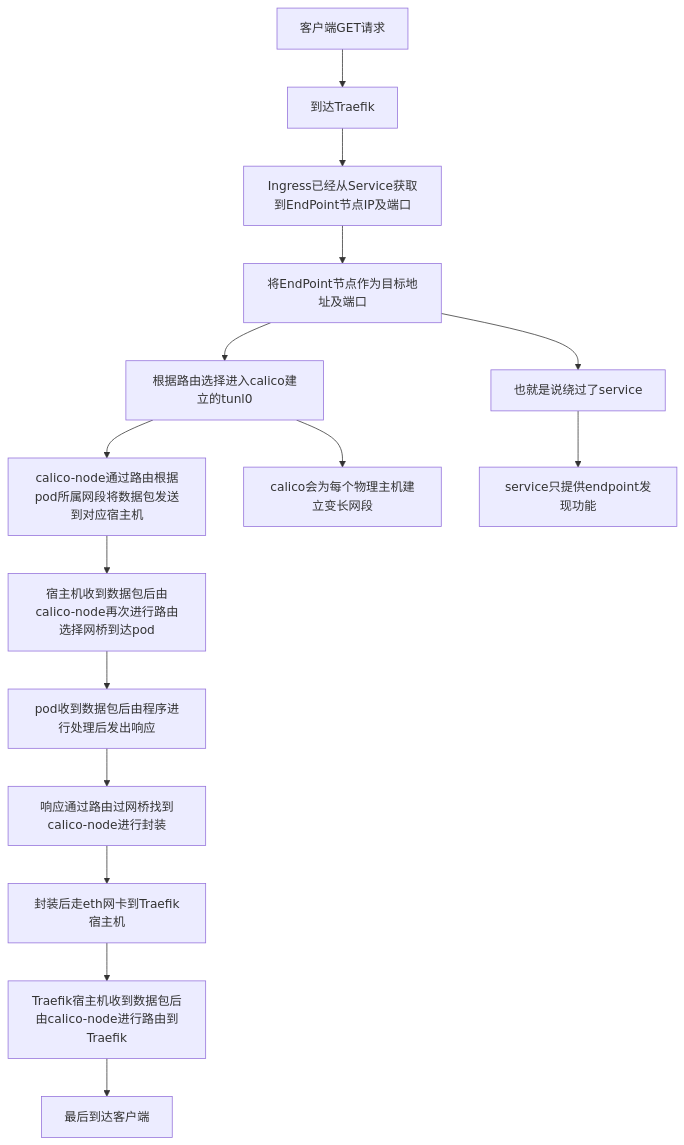
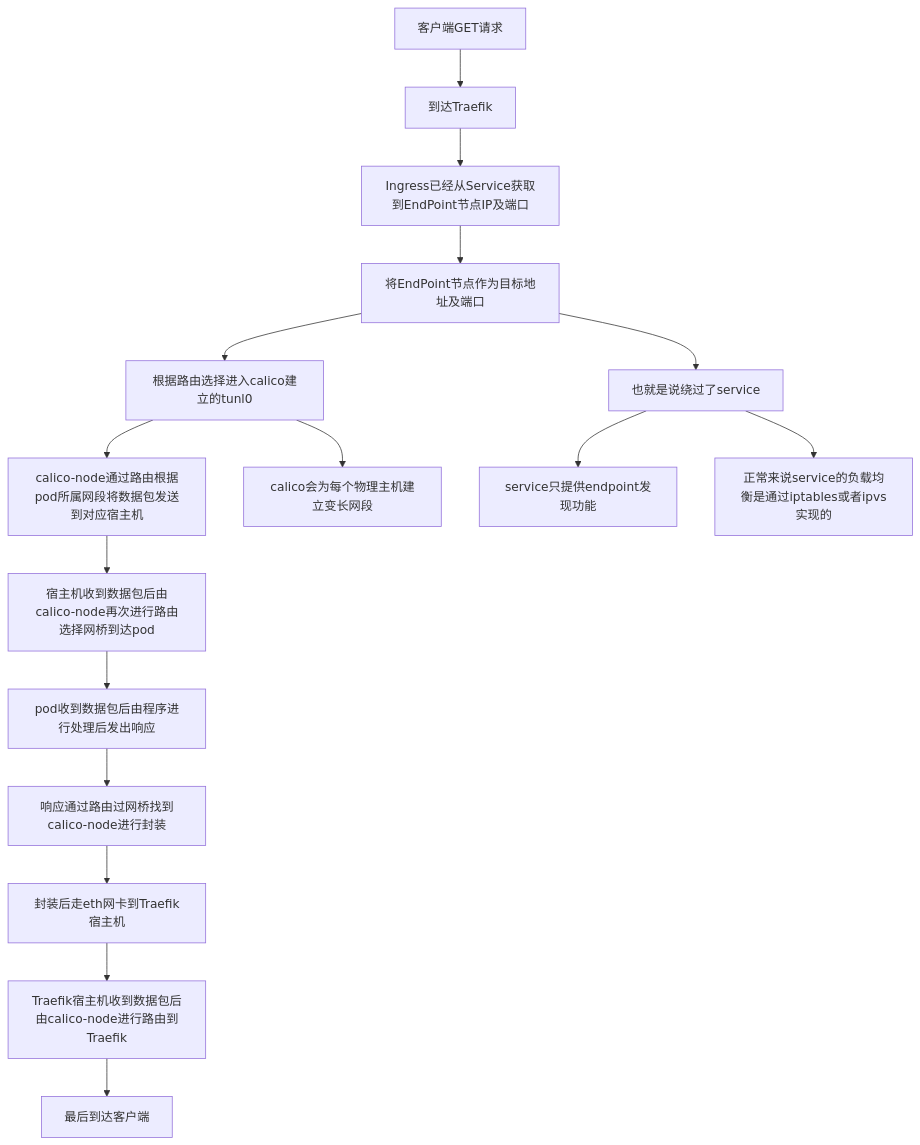
Before and after one commit to tianyuliufang233/blog: the diagram in content/post/kubernetes-网络全过程.md, drawn with Mermaid. The commit also changed other lines of this file and 2 other files, not shown here.

````diff
--- a/content/post/kubernetes-网络全过程.md
+++ b/content/post/kubernetes-网络全过程.md
@@ -19,6 +19,7 @@
 ```mermaid
 flowchart TB
    客户端GET请求 --> 到达Traefik -->Ingress已经从Service获取到EndPoint节点IP及端口 --> 将EndPoint节点作为目标地址及端口 --> 根据路由选择进入calico建立的tunl0 --> calico-node通过路由根据pod所属网段将数据包发送到对应宿主机-->宿主机收到数据包后由calico-node再次进行路由选择网桥到达pod --> pod收到数据包后由程序进行处理后发出响应 --> 响应通过路由过网桥找到calico-node进行封装 --> 封装后走eth网卡到Traefik宿主机-->Traefik宿主机收到数据包后由calico-node进行路由到Traefik-->最后到达客户端
    根据路由选择进入calico建立的tunl0 --> calico会为每个物理主机建立变长网段
    将EndPoint节点作为目标地址及端口 --> 也就是说绕过了service --> service只提供endpoint发现功能
+   也就是说绕过了service -->正常来说service的负载均衡是通过iptables或者ipvs实现的
 ```
````
